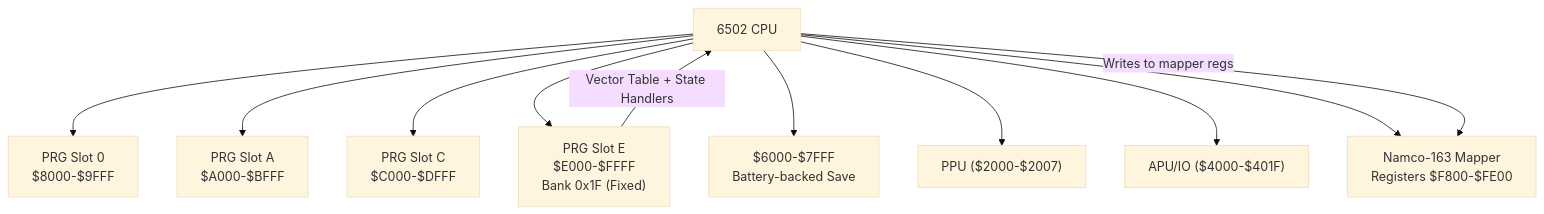
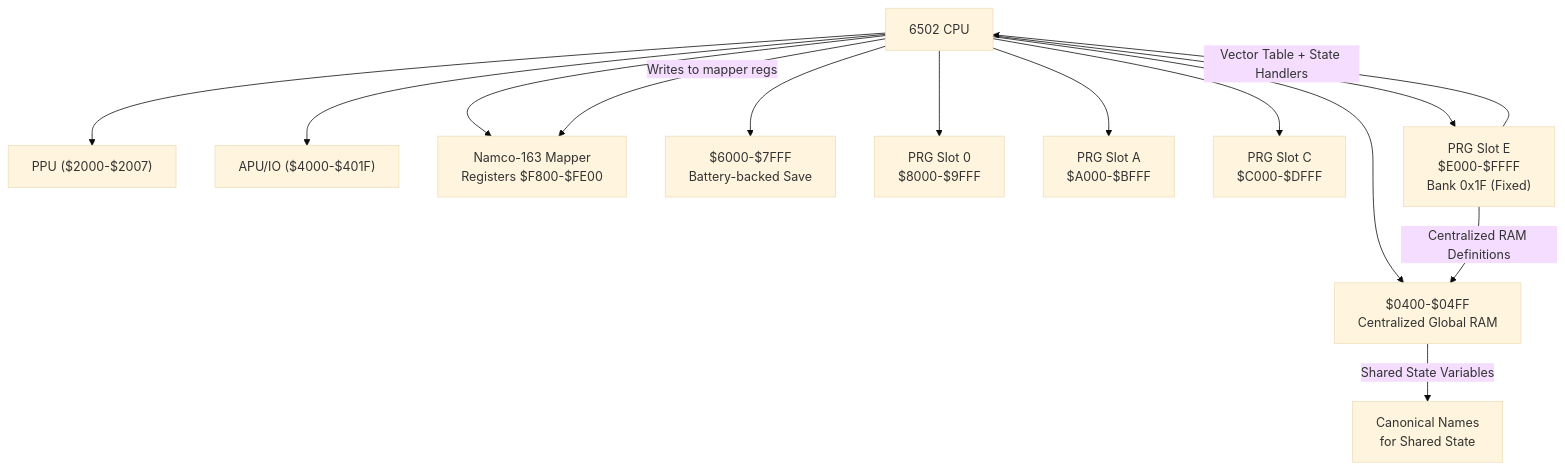
The second of 7 diagrams in .qoder/repowiki/en/content/Data Access and Memory Management/Data Access and Memory Management.md (rabbyzero/sango2dasm), drawn with Mermaid (base theme) before and after one commit. The commit also changed other lines of this file and 6 other files, not shown here.

````diff
--- a/.qoder/repowiki/en/content/Data Access and Memory Management/Data Access and Memory Management.md
+++ b/.qoder/repowiki/en/content/Data Access and Memory Management/Data Access and Memory Management.md
@@ -79,22 +101,27 @@
 ```mermaid
 graph TB
 CPU["6502 CPU"]
 PPU["PPU ($2000-$2007)"]
 APU_IO["APU/IO ($4000-$401F)"]
 MAPPER["Namco-163 Mapper<br/>Registers $F800-$FE00"]
 SRAM["$6000-$7FFF<br/>Battery-backed Save"]
 PRG0["PRG Slot 0<br/>$8000-$9FFF"]
 PRGA["PRG Slot A<br/>$A000-$BFFF"]
 PRGC["PRG Slot C<br/>$C000-$DFFF"]
 PRGE["PRG Slot E<br/>$E000-$FFFF<br/>Bank 0x1F (Fixed)"]
+GLOBAL_RAM["$0400-$04FF<br/>Centralized Global RAM"]
+CANONICAL_NAMES["Canonical Names<br/>for Shared State"]
 CPU --> PRG0
 CPU --> PRGA
 CPU --> PRGC
 CPU --> PRGE
 CPU --> SRAM
+CPU --> GLOBAL_RAM
 CPU --> PPU
 CPU --> APU_IO
 CPU --> MAPPER
 PRGE --> |"Vector Table + State Handlers"| CPU
+PRGE --> |"Centralized RAM Definitions"| GLOBAL_RAM
+GLOBAL_RAM --> |"Shared State Variables"| CANONICAL_NAMES
 CPU --> |"Writes to mapper regs"| MAPPER
 ```
````
